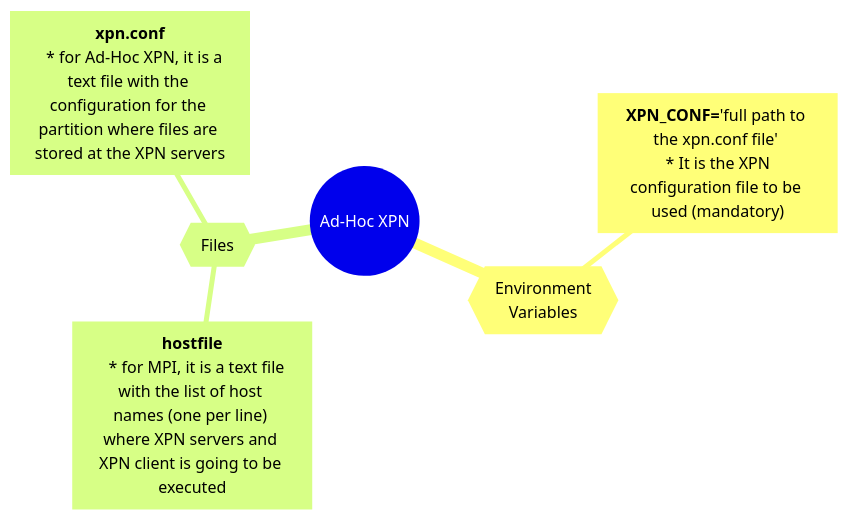
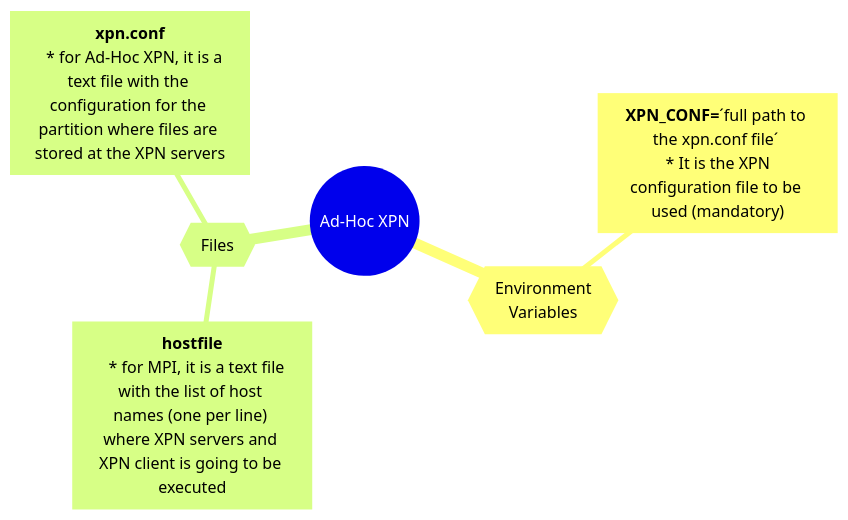
One commit to xpn-arcos/xpn changed the second of 4 diagrams in README.md. Above: the diagram before and after it, drawn with Mermaid. The commit also changed other lines of this file, not shown here.

````diff
--- a/README.md
+++ b/README.md
@@ -146,10 +146,10 @@
   ```mermaid
   %%{ init : { "theme" : "default", "themeVariables" : { "background" : "#000" }}}%%
   mindmap
   root(("Ad-Hoc XPN"))
     {{Environment<br> Variables}}
-        ["`**XPN_CONF=**'full path to the xpn.conf file' <br> \* It is the XPN configuration file to be used (mandatory)`"]
+        ["`**XPN_CONF=**´full path to the xpn.conf file´ <br> \* It is the XPN configuration file to be used (mandatory)`"]
     {{Files}}
         ["`**hostfile**</br>   \* for MPI, it is a text file with the list of host names (one per line) where XPN servers and XPN client is going to be executed`"]
         ["`**xpn.conf**</br>   \* for Ad-Hoc XPN, it is a text file with the configuration for the partition where files are stored at the XPN servers`"]
 ```
````
